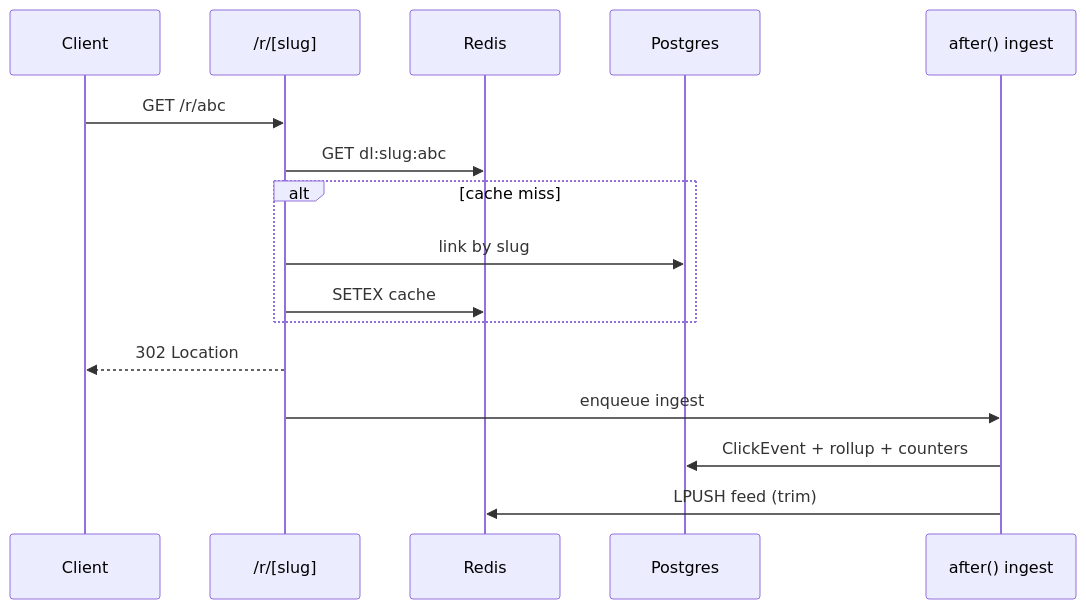
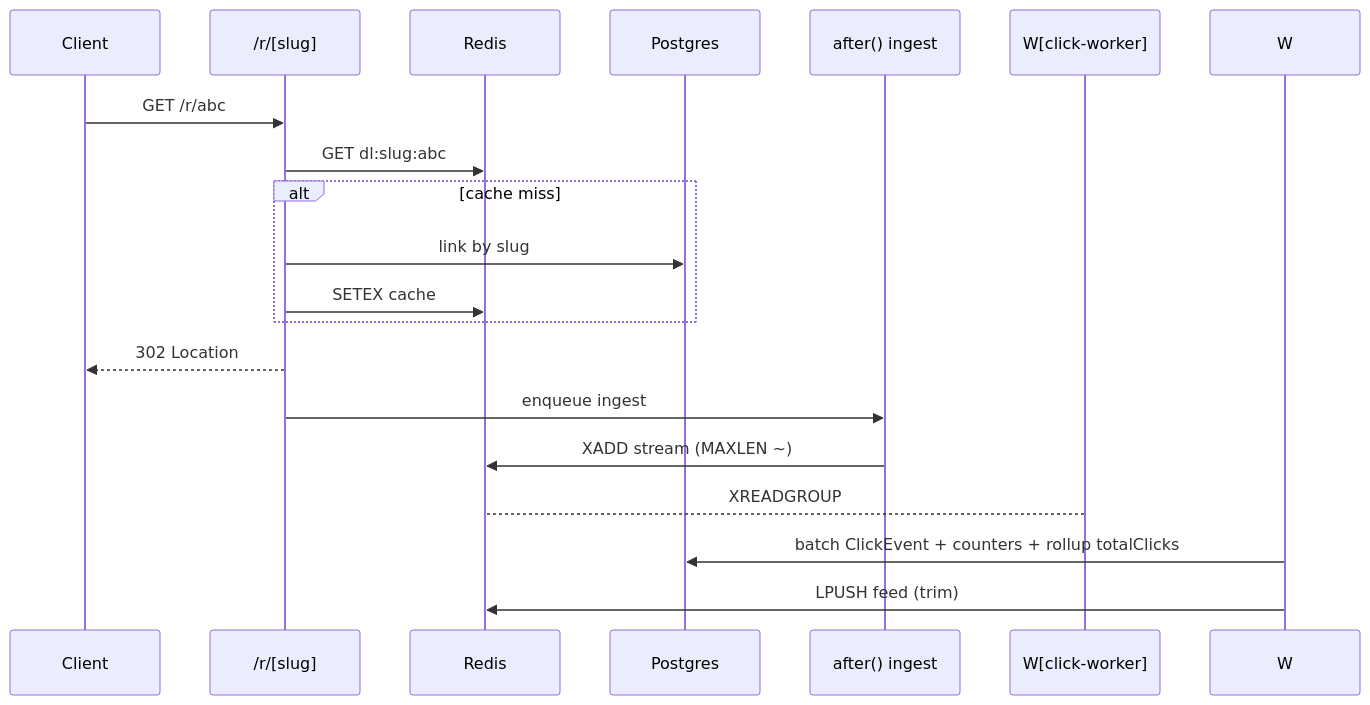
Before and after one commit to Driffle/Url-shortner: the second of 2 diagrams in docs/ARCHITECTURE.md, drawn with Mermaid. The commit also changed other lines of this file and 19 other files, not shown here.

````diff
--- a/docs/ARCHITECTURE.md
+++ b/docs/ARCHITECTURE.md
@@ -131,18 +131,20 @@
 ```mermaid
 sequenceDiagram
   participant C as Client
   participant R as /r/[slug]
   participant Redis as Redis
   participant PG as Postgres
   participant A as after() ingest
   C->>R: GET /r/abc
   R->>Redis: GET dl:slug:abc
   alt cache miss
     R->>PG: link by slug
     R->>Redis: SETEX cache
   end
   R-->>C: 302 Location
   R->>A: enqueue ingest
-  A->>PG: ClickEvent + rollup + counters
-  A->>Redis: LPUSH feed (trim)
+  A->>Redis: XADD stream (MAXLEN ~)
+  W[click-worker]-->Redis: XREADGROUP
+  W->>PG: batch ClickEvent + counters + rollup totalClicks
+  W->>Redis: LPUSH feed (trim)
 ```
````
